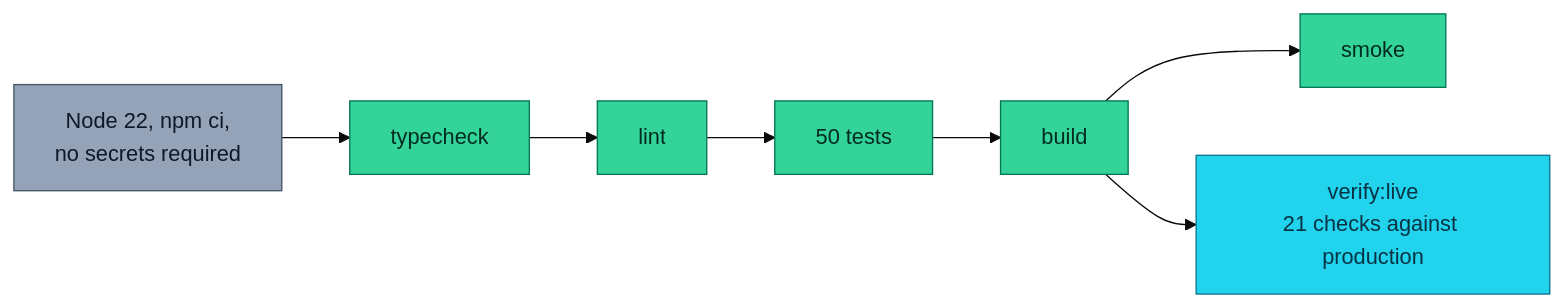
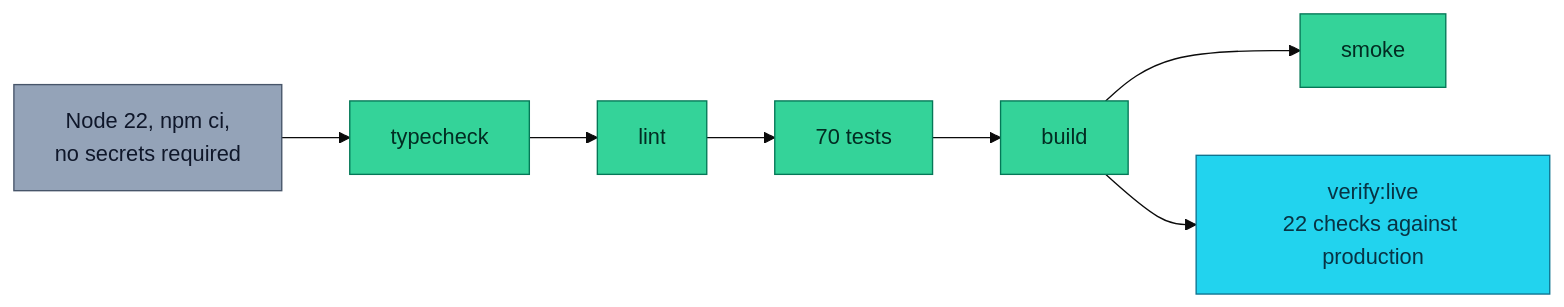
Before and after one commit to aniruddhaadak80/openplate: the sixth of 10 diagrams in README.md, drawn with Mermaid (base theme). The commit also changed other lines of this file and 3 other files, not shown here.

````diff
--- a/README.md
+++ b/README.md
@@ -440,10 +441,10 @@
 ```mermaid
 flowchart LR
   classDef ok fill:#34d399,stroke:#047857,color:#022c22
   classDef infra fill:#94a3b8,stroke:#475569,color:#0f172a
   classDef agent fill:#22d3ee,stroke:#0e7490,color:#083344
 
-  V[typecheck]:::ok --> L[lint]:::ok --> T[50 tests]:::ok --> B[build]:::ok --> S[smoke]:::ok
-  B --> VL[verify:live<br/>21 checks against production]:::agent
+  V[typecheck]:::ok --> L[lint]:::ok --> T[70 tests]:::ok --> B[build]:::ok --> S[smoke]:::ok
+  B --> VL[verify:live<br/>22 checks against production]:::agent
   CI[Node 22, npm ci,<br/>no secrets required]:::infra --> V
 ```
````
